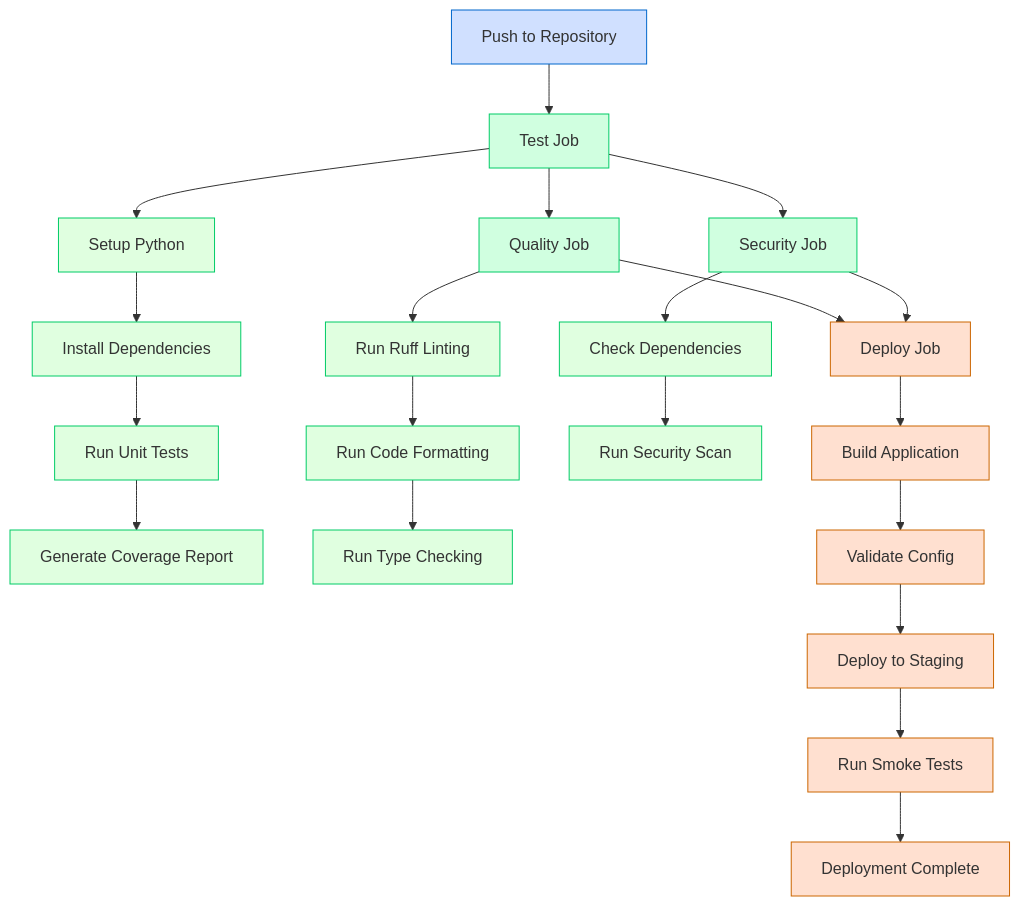
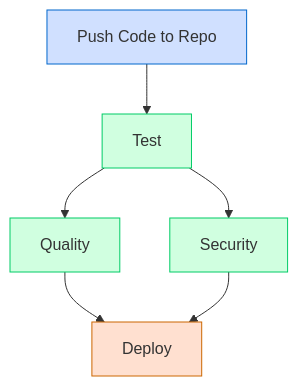
One commit to wolkwork/ci-cd-pipeline changed the diagram in README.md. Above: the diagram before and after it, drawn with Mermaid. The commit also changed 1 other file, not shown here.

````diff
--- a/README.md
+++ b/README.md
@@ -16,60 +16,14 @@
 ```mermaid
 flowchart TD
-    %% Main workflow steps
-    A[Push to Repository] --> B[Test Job]
-    B --> C[Quality Job]
-    B --> D[Security Job]
-    C --> E[Deploy Job]
+    A[Push Code to Repo] --> B[Test]
+    B --> C[Quality]
+    B --> D[Security]
+    C --> E[Deploy]
     D --> E
 
-    %% Test job substeps
-    B --> B1[Setup Python]
-    B1 --> B2[Install Dependencies]
-    B2 --> B3[Run Unit Tests]
-    B3 --> B4[Generate Coverage Report]
-
-    %% Quality job substeps
-    C --> C1[Run Ruff Linting]
-    C1 --> C2[Run Code Formatting]
-    C2 --> C3[Run Type Checking]
-
-    %% Security job substeps
-    D --> D1[Check Dependencies]
-    D1 --> D2[Run Security Scan]
-
-    %% Deploy job substeps
-    E --> E1[Build Application]
-    E1 --> E2[Validate Config]
-    E2 --> E3[Deploy to Staging]
-    E3 --> E4[Run Smoke Tests]
-    E4 --> E5[Deployment Complete]
-
-    %% Styling
     style A fill:#d0e0ff,stroke:#0066cc
     style B fill:#d0ffe0,stroke:#00cc66
     style C fill:#d0ffe0,stroke:#00cc66
     style D fill:#d0ffe0,stroke:#00cc66
     style E fill:#ffe0d0,stroke:#cc6600
-
-    %% Test job styling
-    style B1 fill:#e0ffe0,stroke:#00cc66
-    style B2 fill:#e0ffe0,stroke:#00cc66
-    style B3 fill:#e0ffe0,stroke:#00cc66
-    style B4 fill:#e0ffe0,stroke:#00cc66
-
-    %% Quality job styling
-    style C1 fill:#e0ffe0,stroke:#00cc66
-    style C2 fill:#e0ffe0,stroke:#00cc66
-    style C3 fill:#e0ffe0,stroke:#00cc66
-
-    %% Security job styling
-    style D1 fill:#e0ffe0,stroke:#00cc66
-    style D2 fill:#e0ffe0,stroke:#00cc66
-
-    %% Deploy job styling
-    style E1 fill:#ffe0d0,stroke:#cc6600
-    style E2 fill:#ffe0d0,stroke:#cc6600
-    style E3 fill:#ffe0d0,stroke:#cc6600
-    style E4 fill:#ffe0d0,stroke:#cc6600
-    style E5 fill:#ffe0d0,stroke:#cc6600
 ```
````
